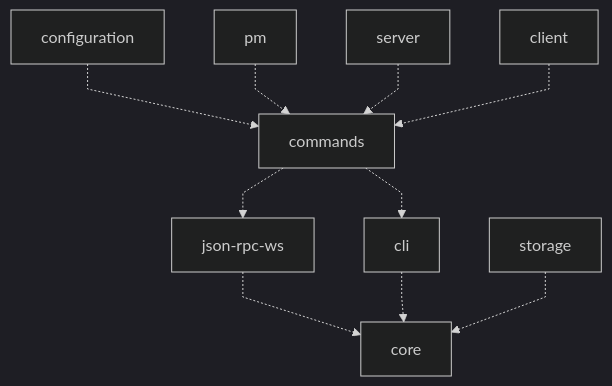
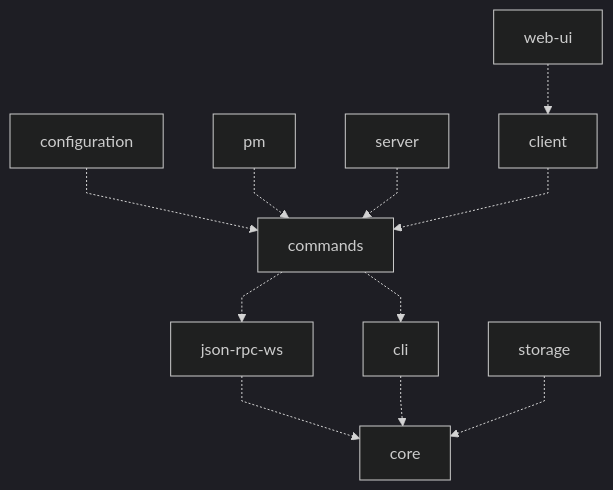
One commit to npenin/akala changed the diagram in packages/doc/index.md. Above: the diagram before and after it, drawn with Mermaid (dark theme).

Commit message:
fix: add web-ui connection to client in documentation flowchart

````diff
--- a/packages/doc/index.md
+++ b/packages/doc/index.md
@@ -28,12 +28,13 @@
 ```mermaid
 %%{ init: { 'flowchart': { 'curve': 'linear' } } }%%
 flowchart TB
     json-rpc-ws -.-> core
     cli -.-> core
     storage -.-> core
     commands -.-> json-rpc-ws & cli
     configuration -.-> commands
     pm -.-> commands
     server -.-> commands
     client -.-> commands
+    web-ui -.-> client
 ```
````
